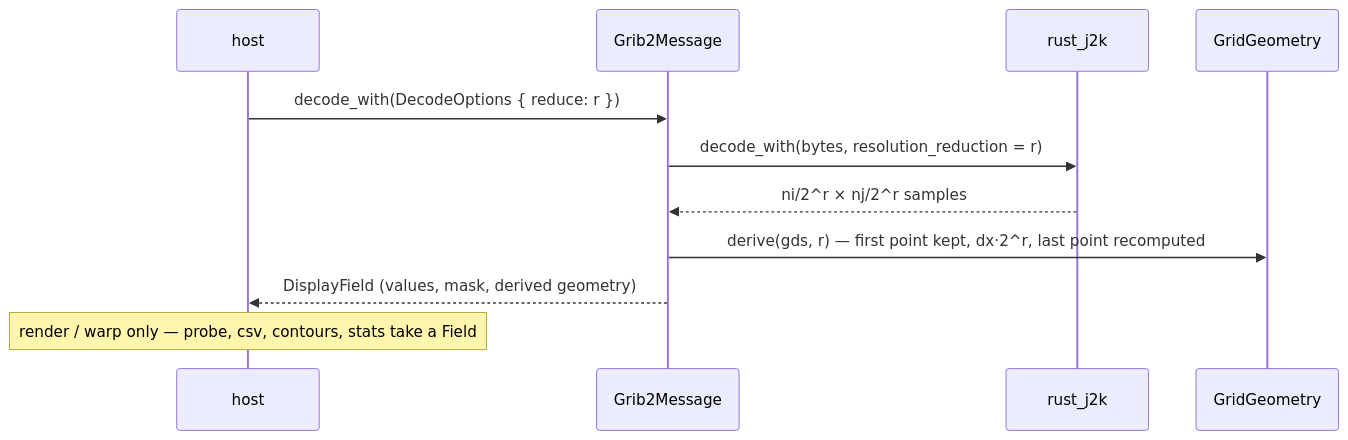
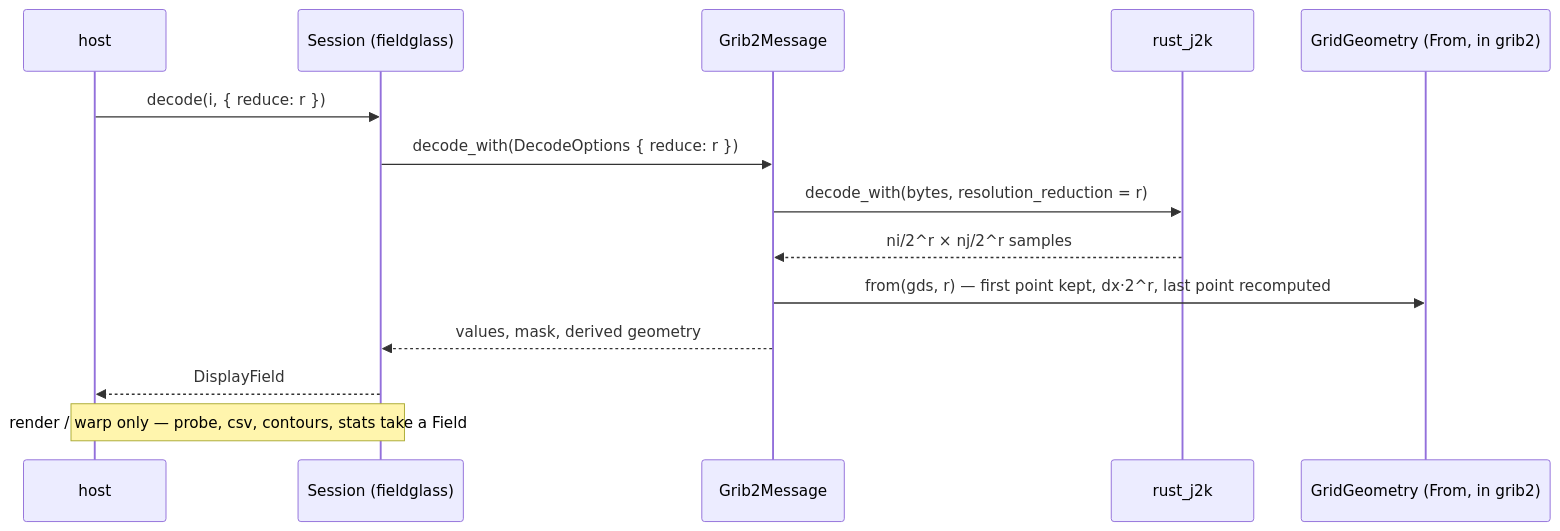
Before and after one commit to D0ubleD0uble/fieldglass: the fourth of 5 diagrams in docs/architecture/planned/02-trait-seams.md, drawn with Mermaid. The commit also changed other lines of this file and 2 other files, not shown here.

Commit message:
docs(architecture): audit every planned edge; fix direction and actor errors
Georef and MessageMeta/RenderedGrid arrows now point down (derived from
core / API types, never the reverse); hosts pass the conformance suite
rather than being run by it; DisplayField is a distinct type, not a
subtype; Session composes one of the three readers, not a FormatReader
only grib2 implements; the painter yields an API Raster that napi maps;
the wasm handle returns a Palette the app uploads; the reduce sequence
goes through Session; the browser sequence carries resolver and expect.

Claude-Session: https://claude.ai/code/session_01HXQLdNBg23o81NEfApXYhF

````diff
--- a/docs/architecture/planned/02-trait-seams.md
+++ b/docs/architecture/planned/02-trait-seams.md
@@ -141,13 +144,16 @@
 ```mermaid
 sequenceDiagram
     participant H as host
+    participant S as Session (fieldglass)
     participant M as Grib2Message
     participant J as rust_j2k
-    participant G as GridGeometry
-    H->>M: decode_with(DecodeOptions { reduce: r })
+    participant G as GridGeometry (From, in grib2)
+    H->>S: decode(i, { reduce: r })
+    S->>M: decode_with(DecodeOptions { reduce: r })
     M->>J: decode_with(bytes, resolution_reduction = r)
     J-->>M: ni/2^r × nj/2^r samples
-    M->>G: derive(gds, r) — first point kept, dx·2^r, last point recomputed
-    M-->>H: DisplayField (values, mask, derived geometry)
-    Note over H: render / warp only — probe, csv, contours, stats take a Field
+    M->>G: from(gds, r) — first point kept, dx·2^r, last point recomputed
+    M-->>S: values, mask, derived geometry
+    S-->>H: DisplayField
+    Note over H,S: render / warp only — probe, csv, contours, stats take a Field
 ```
````
